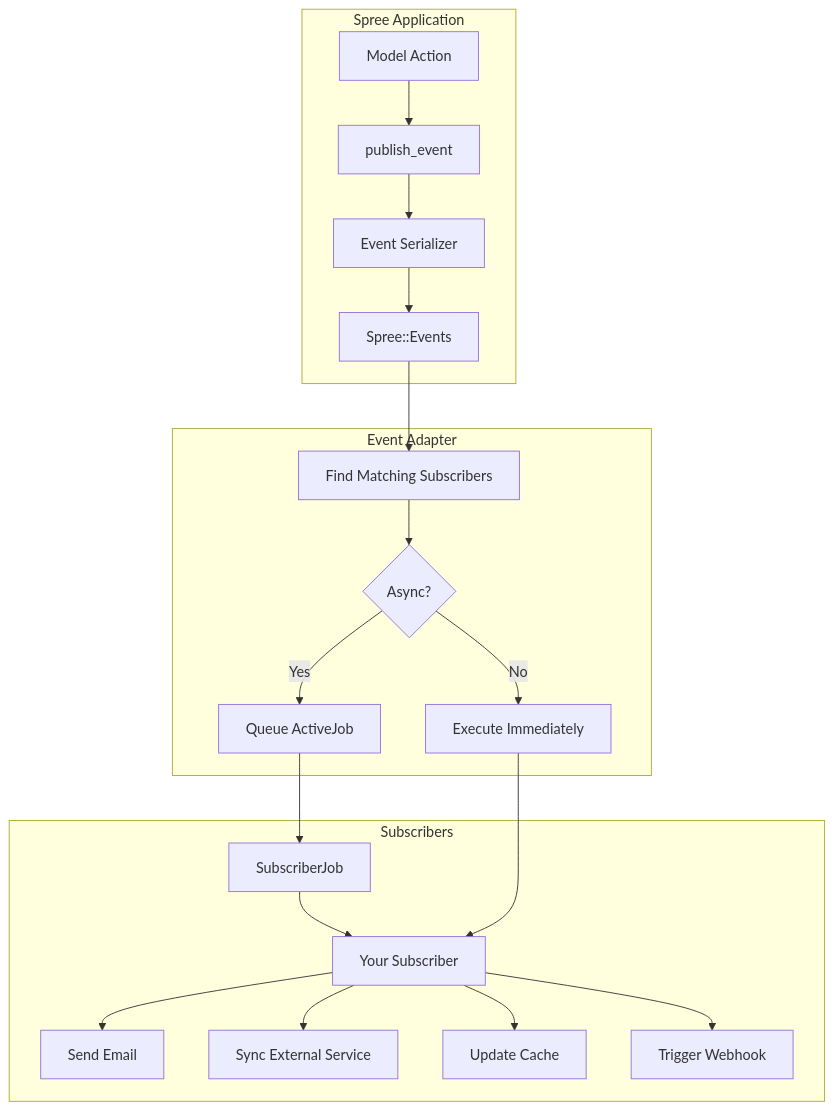
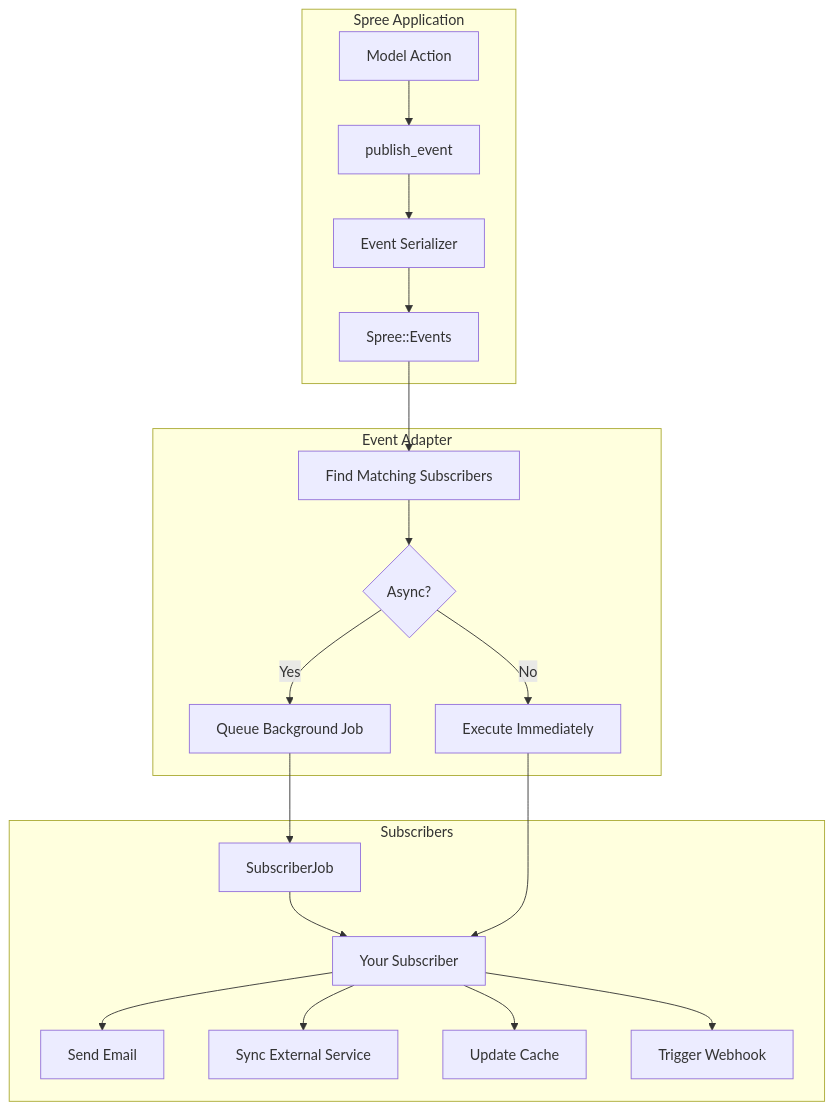
One commit to spree/spree changed the diagram in docs/developer/core-concepts/events.mdx. Above: the diagram before and after it, drawn with Mermaid. The commit also changed other lines of this file, not shown here.

````diff
--- a/docs/developer/core-concepts/events.mdx
+++ b/docs/developer/core-concepts/events.mdx
@@ -28,25 +28,25 @@
 ```mermaid
 flowchart TB
     subgraph Spree Application
         A[Model Action] --> B[publish_event]
         B --> C[Event Serializer]
         C --> D[Spree::Events]
     end
 
     subgraph Event Adapter
         D --> E[Find Matching Subscribers]
         E --> F{Async?}
-        F -->|Yes| G[Queue ActiveJob]
+        F -->|Yes| G[Queue Background Job]
         F -->|No| H[Execute Immediately]
     end
 
     subgraph Subscribers
         G --> I[SubscriberJob]
         I --> J[Your Subscriber]
         H --> J
         J --> K[Send Email]
         J --> L[Sync External Service]
         J --> M[Update Cache]
         J --> N[Trigger Webhook]
     end
 ```
````
